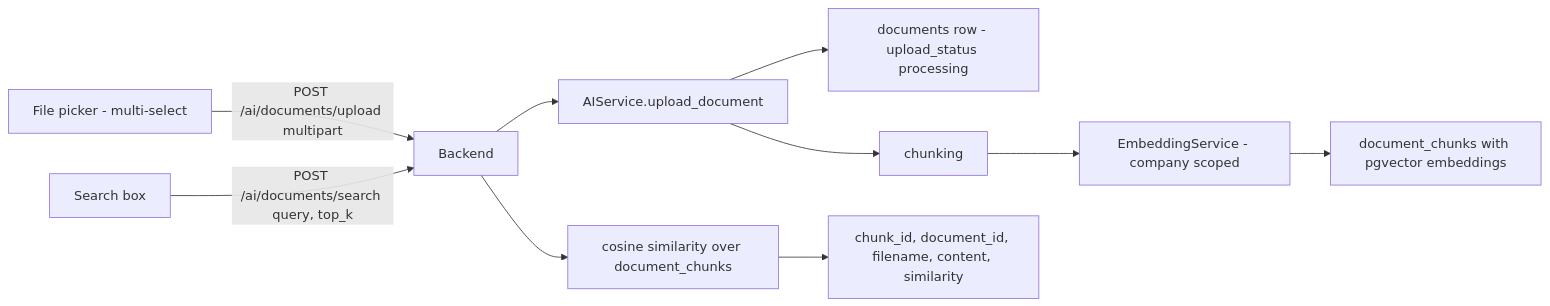
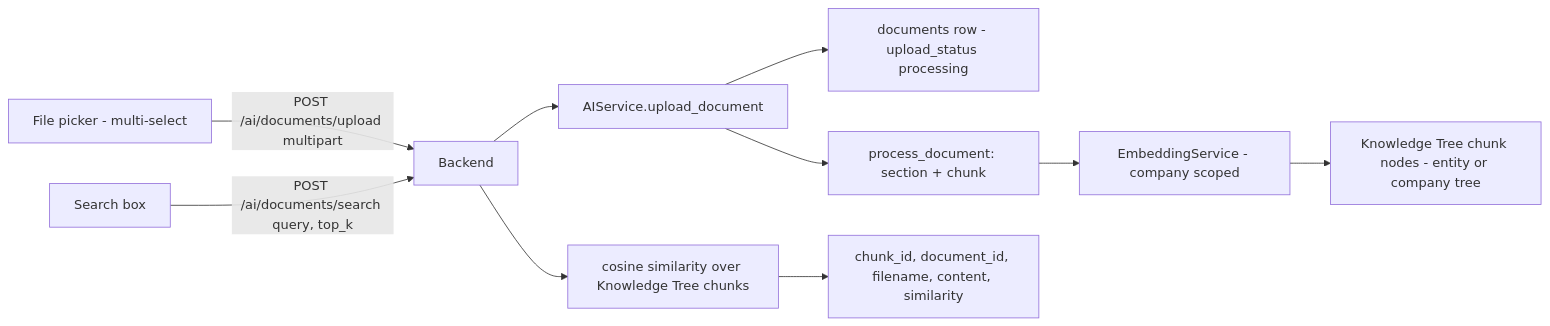
One commit to gondolerahul/hire-buddha-app changed diagram 15 of 31 in docs/current/01-product-overview.md. Above: the diagram before and after it, drawn with Mermaid. The commit also changed other lines of this file and 5 other files, not shown here.

````diff
--- a/docs/current/01-product-overview.md
+++ b/docs/current/01-product-overview.md
@@ -901,12 +901,12 @@
 ```mermaid
 flowchart LR
     F["File picker - multi-select"] -->|"POST /ai/documents/upload multipart"| API["Backend"]
     API --> SVC["AIService.upload_document"]
     SVC --> DOC["documents row - upload_status processing"]
-    SVC --> CH["chunking"]
+    SVC --> CH["process_document: section + chunk"]
     CH --> EMB["EmbeddingService - company scoped"]
-    EMB --> VEC["document_chunks with pgvector embeddings"]
+    EMB --> VEC["Knowledge Tree chunk nodes - entity or company tree"]
     Q["Search box"] -->|"POST /ai/documents/search query, top_k"| API
-    API --> SIM["cosine similarity over document_chunks"]
+    API --> SIM["cosine similarity over Knowledge Tree chunks"]
     SIM --> RES["chunk_id, document_id, filename, content, similarity"]
 ```
````
